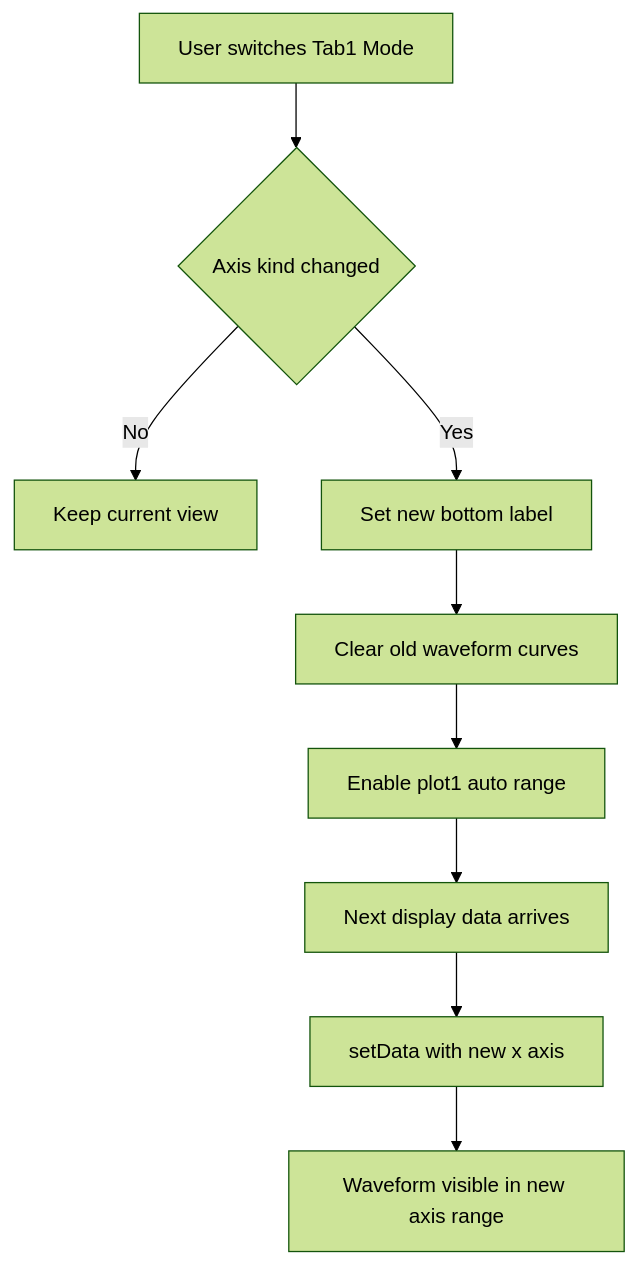
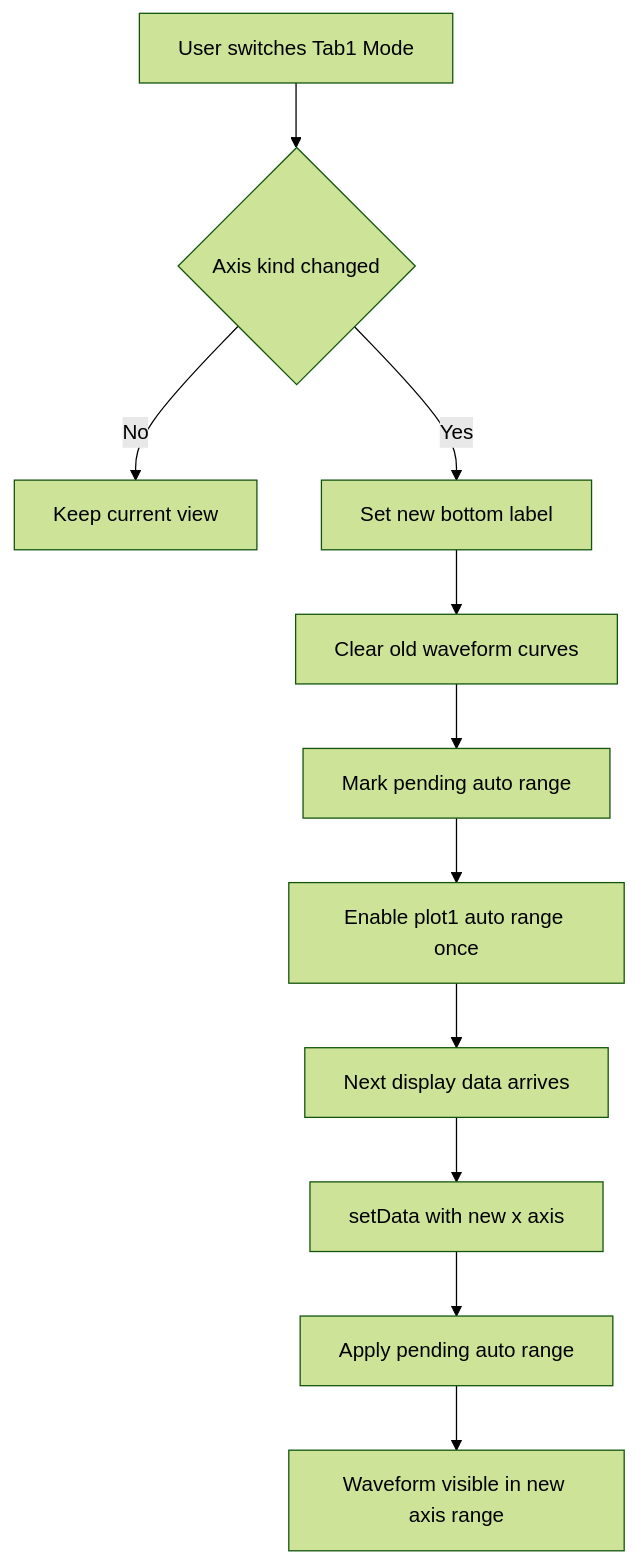
The second of 2 diagrams in docs/2026-6-17-tab1时域图坐标轴修改日志.md (chyiever/pcie7821_gui), drawn with Mermaid (forest theme) before and after one commit. The commit also changed other lines of this file and 2 other files, not shown here.

````diff
--- a/docs/2026-6-17-tab1时域图坐标轴修改日志.md
+++ b/docs/2026-6-17-tab1时域图坐标轴修改日志.md
@@ -134,11 +136,13 @@
 ```mermaid
 flowchart TD
     A[User switches Tab1 Mode] --> B{Axis kind changed}
     B -->|No| C[Keep current view]
     B -->|Yes| D[Set new bottom label]
     D --> E[Clear old waveform curves]
-    E --> F[Enable plot1 auto range]
-    F --> G[Next display data arrives]
-    G --> H[setData with new x axis]
-    H --> I[Waveform visible in new axis range]
+    E --> F[Mark pending auto range]
+    F --> G[Enable plot1 auto range once]
+    G --> H[Next display data arrives]
+    H --> I[setData with new x axis]
+    I --> J[Apply pending auto range]
+    J --> K[Waveform visible in new axis range]
 ```
````
